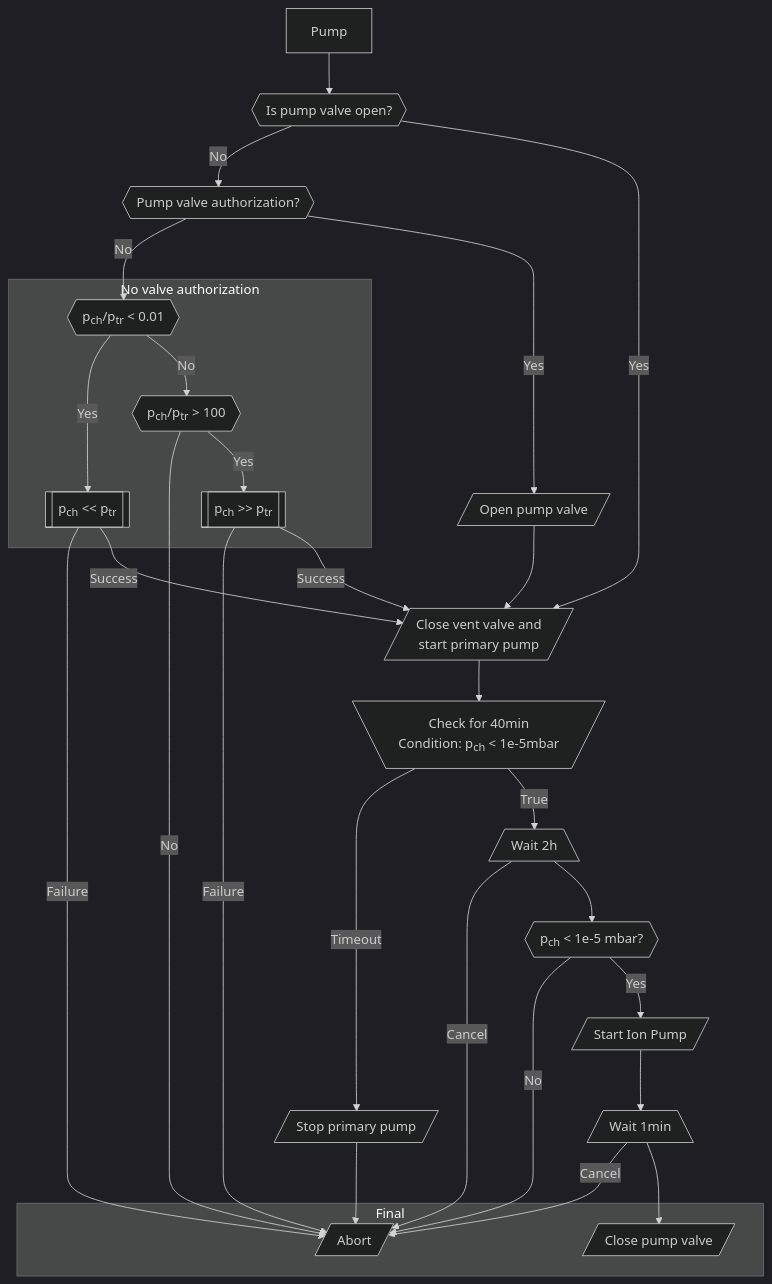
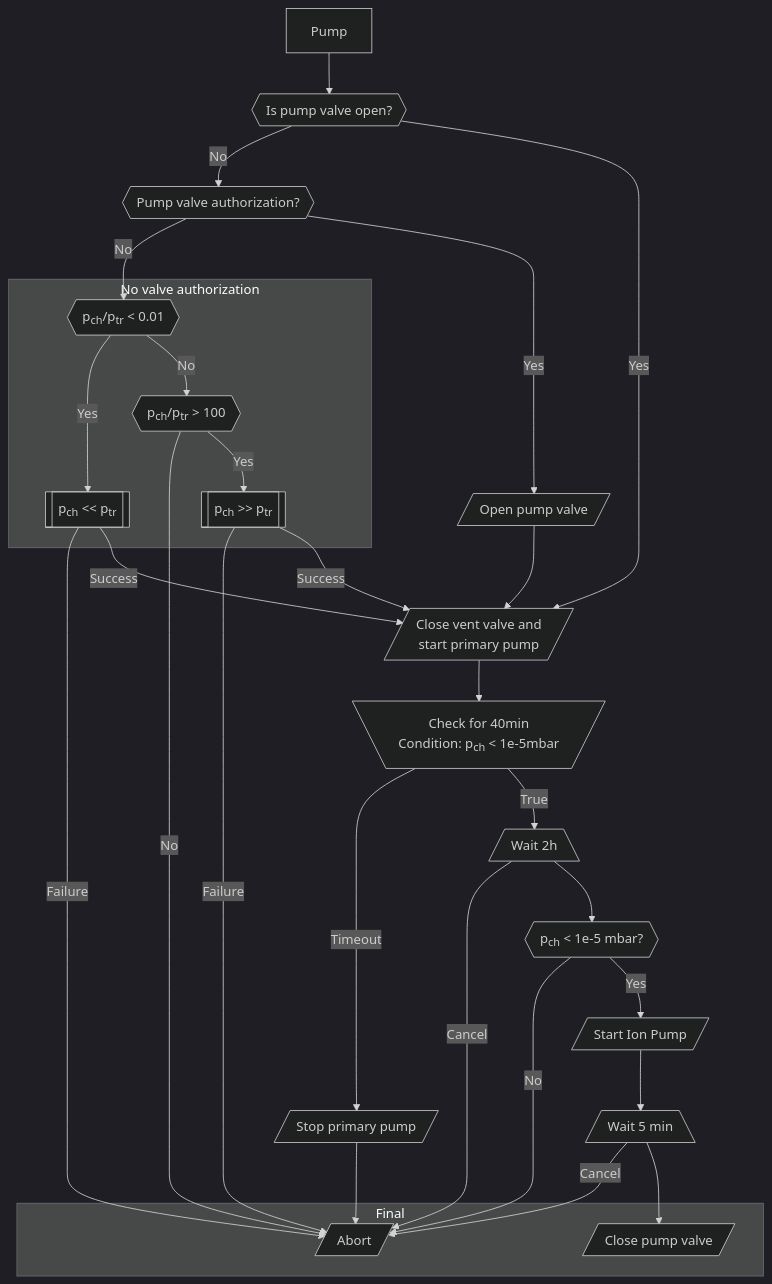
The eighth of 11 diagrams in docs/src/workflows.md (parkourlrc/pcb-trappitsch--cryostorage-42fec10e6a), drawn with Mermaid (dark theme) before and after one commit. The commit also changed 1 other file, not shown here.

Commit message:
adjust timing pump valve closing after ion pump turns on to 5min

````diff
--- a/docs/src/workflows.md
+++ b/docs/src/workflows.md
@@ -211,43 +211,43 @@
 ```mermaid
   flowchart TD
     T[Pump] --> IsOP
     IsOP{{Is pump valve open?}} -->|No| OPAuth
     OPAuth{{Pump valve authorization?}}
     OPAuth -->|No| PCL
     OPAuth -->|Yes| OP
     OP[/Open pump valve/]
     OP --> PP
     IsOP -->|Yes| PP
     PP[/"Close vent valve and
          start primary pump"/] --> PCHK
     PCHK[\"Check for 40min 
         Condition: p<sub>ch</sub> < 1e-5mbar"/]
     PCHK -->|Timeout| StPP[/Stop primary pump/] --> Err
     PCHK -->|True| IPTIM
     IPTIM --> |Cancel| Err
     IPTIM[/Wait 2h\] --> IPPcheck
     IPPcheck{{p<sub>ch</sub> < 1e-5 mbar?}} -->|No| Err
     IPPcheck -->|Yes| IP
     IP[/Start Ion Pump/] -->
     ValveTim --> |Cancel| Err
-    ValveTim[/Wait 1min\] --> Valve
+    ValveTim[/Wait 5 min\] --> Valve
 
     subgraph Level3 [Final]
       Valve[/Close pump valve/]
       Err[/Abort/]
     end
 
     subgraph Level2 [No valve authorization]
       %% Branch where pch << ptr
       PCL{{p<sub>ch</sub>/p<sub>tr</sub> < 0.01}} -->|Yes| PCLW
       %% Branch where pch >> ptr
       PCL -->|No| PCH{{p<sub>ch</sub>/p<sub>tr</sub> > 100}} 
       PCH -->|No| Err
       PCH -->|Yes| PCHW
       PCHW[[p<sub>ch</sub> >> p<sub>tr</sub>]]
     end
     PCLW -->|Failure| Err
     PCLW[[p<sub>ch</sub> << p<sub>tr</sub>]] -->|Success| PP
     PCHW -->|Failure| Err
     PCHW -->|Success| PP
 ```
````
